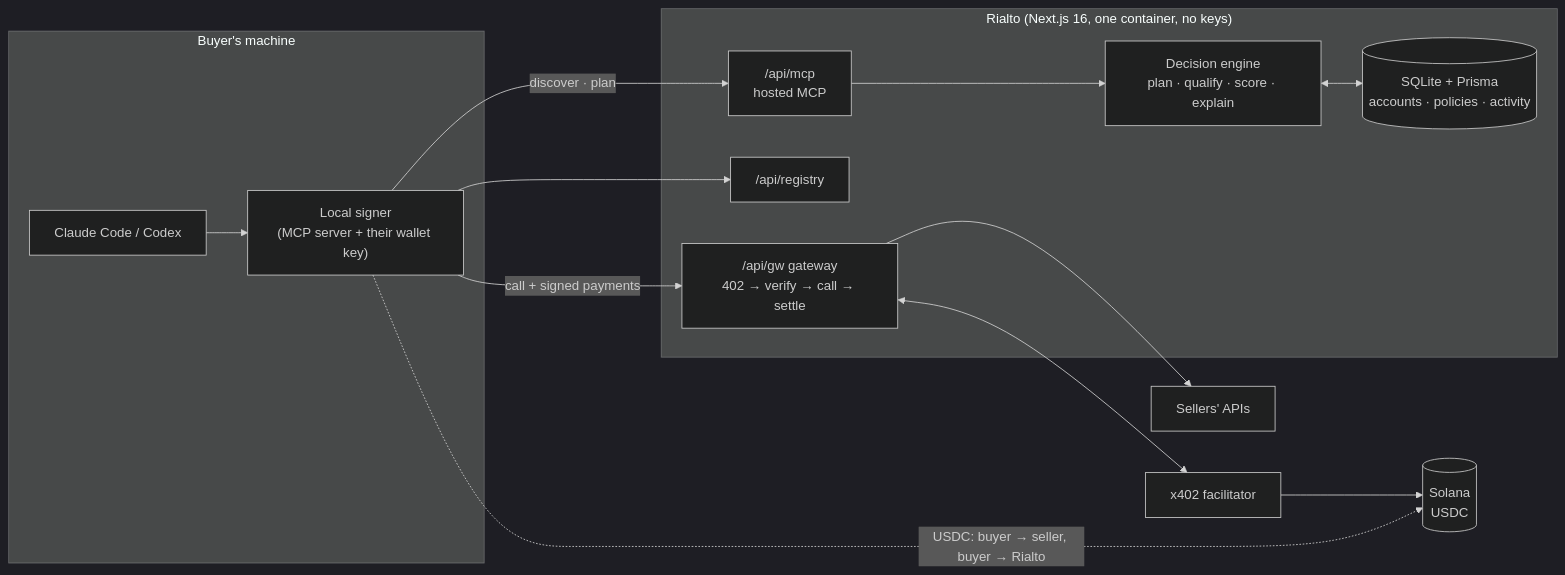
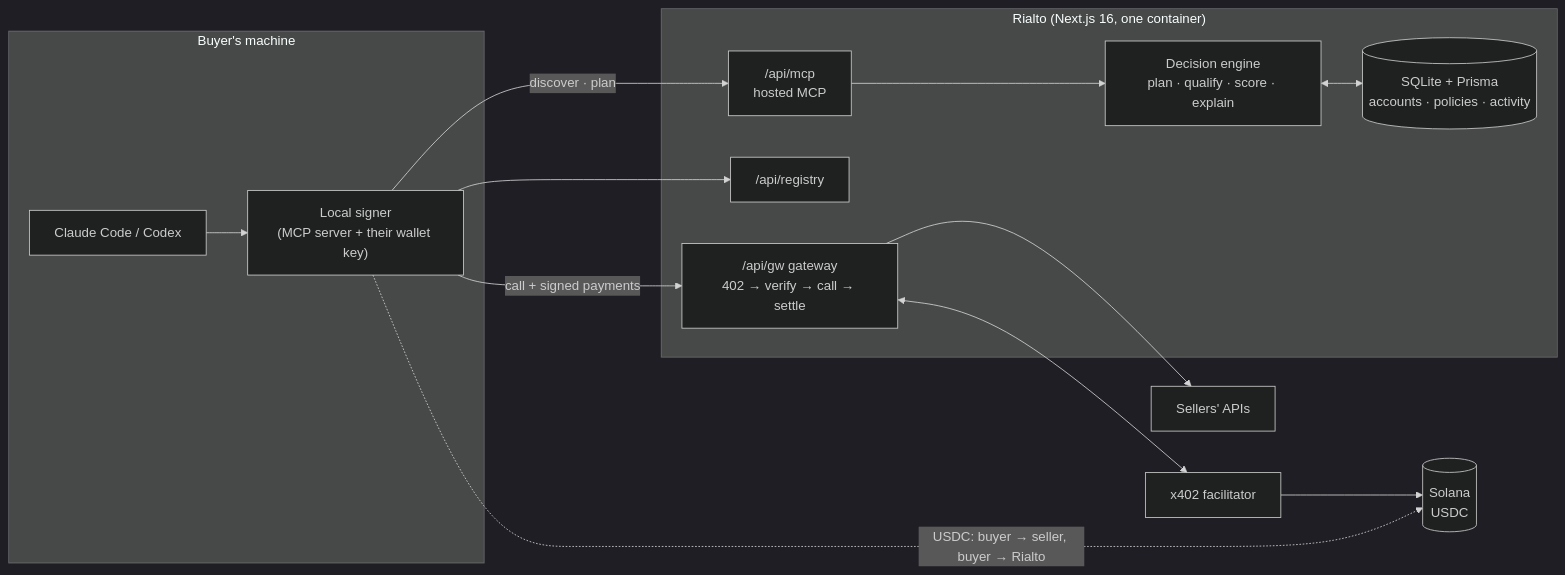
The second of 2 diagrams in README.md (chicogborba/rialto), drawn with Mermaid (dark theme) before and after one commit. The commit also changed other lines of this file and 23 other files, not shown here.

````diff
--- a/README.md
+++ b/README.md
@@ -286,26 +293,26 @@
 ```mermaid
 flowchart LR
     subgraph Buyer["Buyer's machine"]
       CC[Claude Code / Codex]
       SIG["Local signer<br/>(MCP server + their wallet key)"]
     end
-    subgraph Rialto["Rialto (Next.js 16, one container, no keys)"]
+    subgraph Rialto["Rialto (Next.js 16, one container)"]
       MCP["/api/mcp<br/>hosted MCP"]
       REG["/api/registry"]
       ENG["Decision engine<br/>plan · qualify · score · explain"]
       GW["/api/gw gateway<br/>402 → verify → call → settle"]
       DB[("SQLite + Prisma<br/>accounts · policies · activity")]
     end
     FAC[x402 facilitator]
     SOL[(Solana<br/>USDC)]
     API[Sellers' APIs]
 
     CC --> SIG
     SIG -->|discover · plan| MCP --> ENG
     SIG --> REG
     SIG -->|call + signed payments| GW
     ENG <--> DB
     GW --> API
     GW <--> FAC --> SOL
     SIG -. "USDC: buyer → seller, buyer → Rialto" .-> SOL
 ```
````
